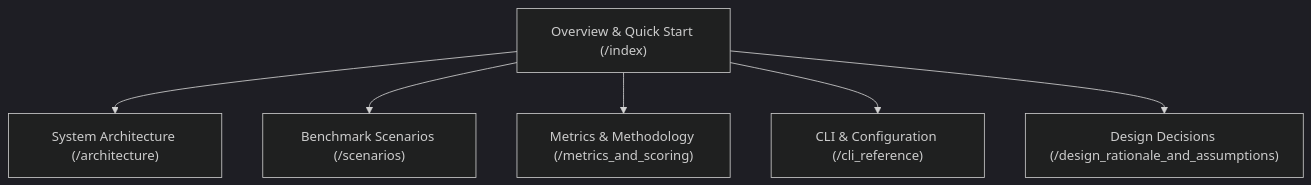
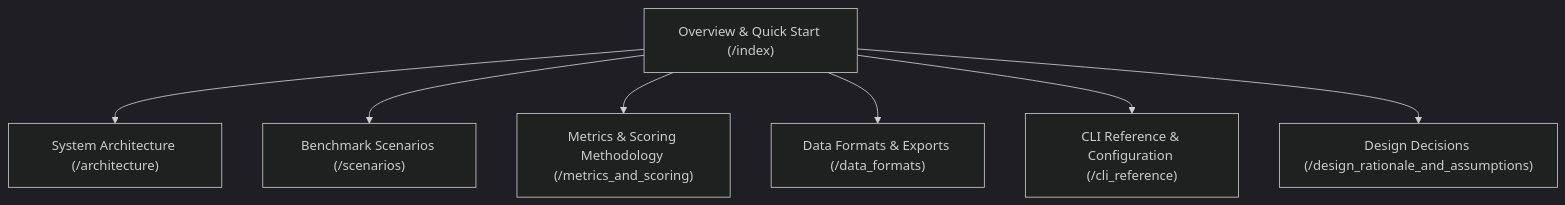
One commit to jamesbmour/llm-bench changed the diagram in docs/index.md. Above: the diagram before and after it, drawn with Mermaid (dark theme). The commit also changed other lines of this file and 22 other files, not shown here.

````diff
--- a/docs/index.md
+++ b/docs/index.md
@@ -34,15 +88,17 @@
 ```mermaid
 flowchart TD
     Index["Overview & Quick Start (/index)"]
     Arch["System Architecture (/architecture)"]
     Scen["Benchmark Scenarios (/scenarios)"]
-    Metrics["Metrics & Methodology (/metrics_and_scoring)"]
-    CLI["CLI & Configuration (/cli_reference)"]
+    Metrics["Metrics & Scoring Methodology (/metrics_and_scoring)"]
+    DataFmt["Data Formats & Exports (/data_formats)"]
+    CLI["CLI Reference & Configuration (/cli_reference)"]
     Rationale["Design Decisions (/design_rationale_and_assumptions)"]
 
     Index --> Arch
     Index --> Scen
     Index --> Metrics
+    Index --> DataFmt
     Index --> CLI
     Index --> Rationale
 ```
````
